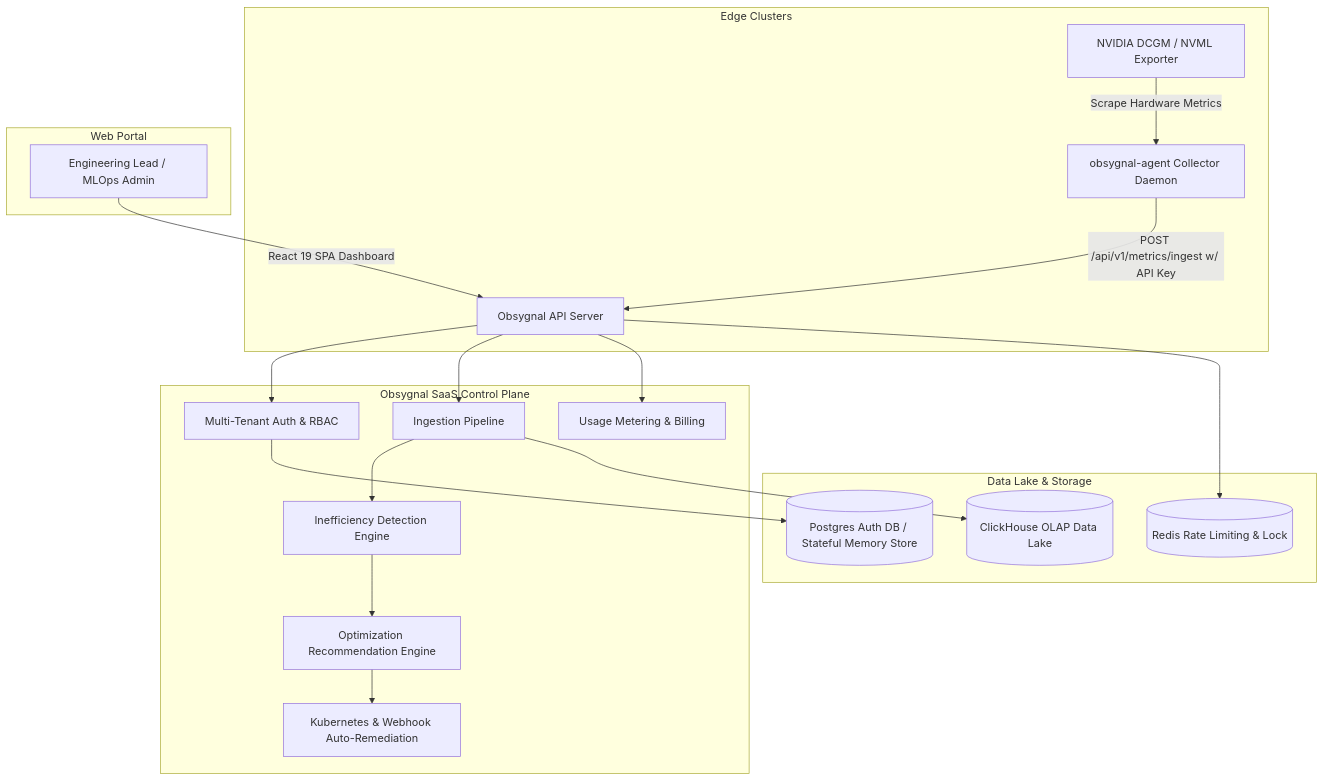
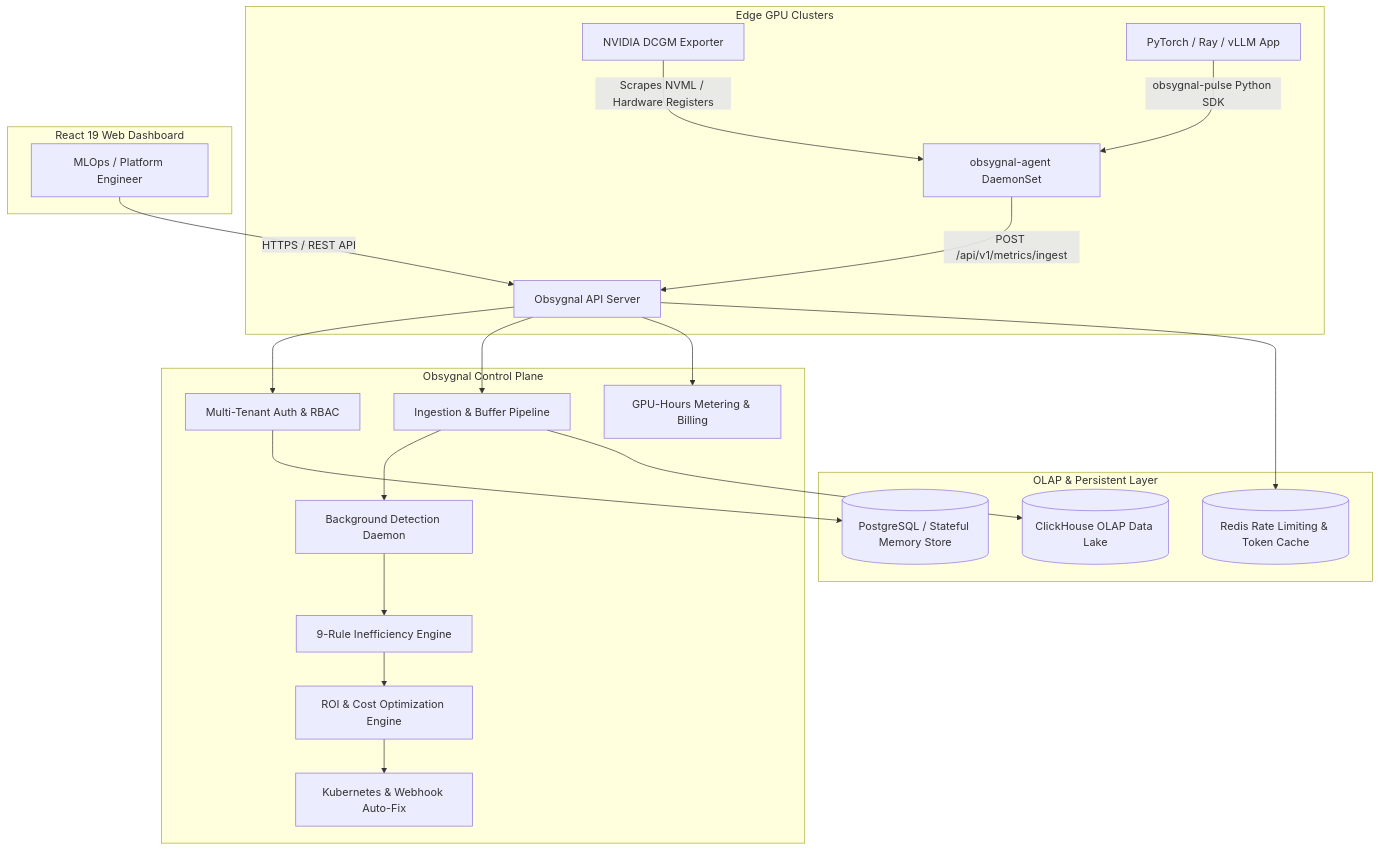
The diagram in README.md (sarkarbikram90/Obsygnal-Pulse), drawn with Mermaid before and after one commit. The commit also changed other lines of this file and 51 other files, not shown here.

Commit message:
feat: enhance web UI dashboard, add community templates, Python SDK packaging, and refine system documentation

````diff
--- a/README.md
+++ b/README.md
@@ -40,28 +58,33 @@
 ```mermaid
 graph TD
-    %% External & Edge Layer
-    subgraph Edge Clusters
-        DCGM[NVIDIA DCGM / NVML Exporter] -->|Scrape Hardware Metrics| Collector[obsygnal-agent Collector Daemon]
-        Collector -->|POST /api/v1/metrics/ingest w/ API Key| API[Obsygnal API Server]
+    %% Edge Layer
+    subgraph Edge Clusters [Edge GPU Clusters]
+        DCGM[NVIDIA DCGM Exporter] -->|Scrapes NVML / Hardware Registers| Collector[obsygnal-agent DaemonSet]
+        PyTorch[PyTorch / Ray / vLLM App] -->|obsygnal-pulse Python SDK| Collector
+        Collector -->|POST /api/v1/metrics/ingest| API[Obsygnal API Server]
     end
 
-    subgraph Obsygnal SaaS Control Plane
+    %% SaaS Control Plane
+    subgraph Control Plane [Obsygnal Control Plane]
         API --> Auth[Multi-Tenant Auth & RBAC]
-        API --> Ingestion[Ingestion Pipeline]
-        API --> Metering[Usage Metering & Billing]
+        API --> Ingestion[Ingestion & Buffer Pipeline]
+        API --> Metering[GPU-Hours Metering & Billing]
 
-        Ingestion --> DetectionWorker[Inefficiency Detection Engine]
-        DetectionWorker --> RecommendationEngine[Optimization Recommendation Engine]
-        RecommendationEngine --> AutoFix[Kubernetes & Webhook Auto-Remediation]
+        Ingestion --> Worker[Background Detection Daemon]
+        Worker --> Detection[9-Rule Inefficiency Engine]
+        Detection --> Recommendation[ROI & Cost Optimization Engine]
+        Recommendation --> Remediation[Kubernetes & Webhook Auto-Fix]
     end
 
-    subgraph Data Lake & Storage
-        Ingestion --> CH[(ClickHouse OLAP Data Lake)]
-        Auth --> PG[(Postgres Auth DB / Stateful Memory Store)]
-        API --> Redis[(Redis Rate Limiting & Lock)]
+    %% Storage Layer
+    subgraph Data Lake [OLAP & Persistent Layer]
+        Ingestion --> ClickHouse[(ClickHouse OLAP Data Lake)]
+        Auth --> Postgres[(PostgreSQL / Stateful Memory Store)]
+        API --> Redis[(Redis Rate Limiting & Token Cache)]
     end
 
-    subgraph Web Portal
-        User[Engineering Lead / MLOps Admin] -->|React 19 SPA Dashboard| API
+    %% Presentation Layer
+    subgraph Dashboard [React 19 Web Dashboard]
+        User[MLOps / Platform Engineer] -->|HTTPS / REST API| API
     end
 ```
````
